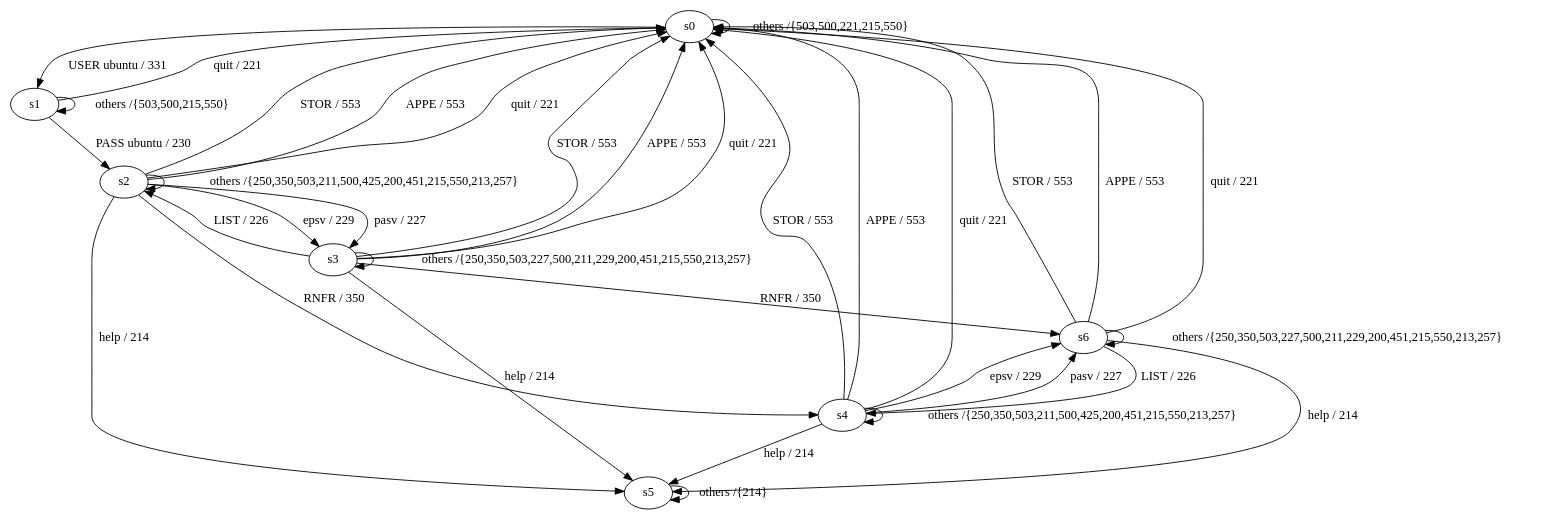
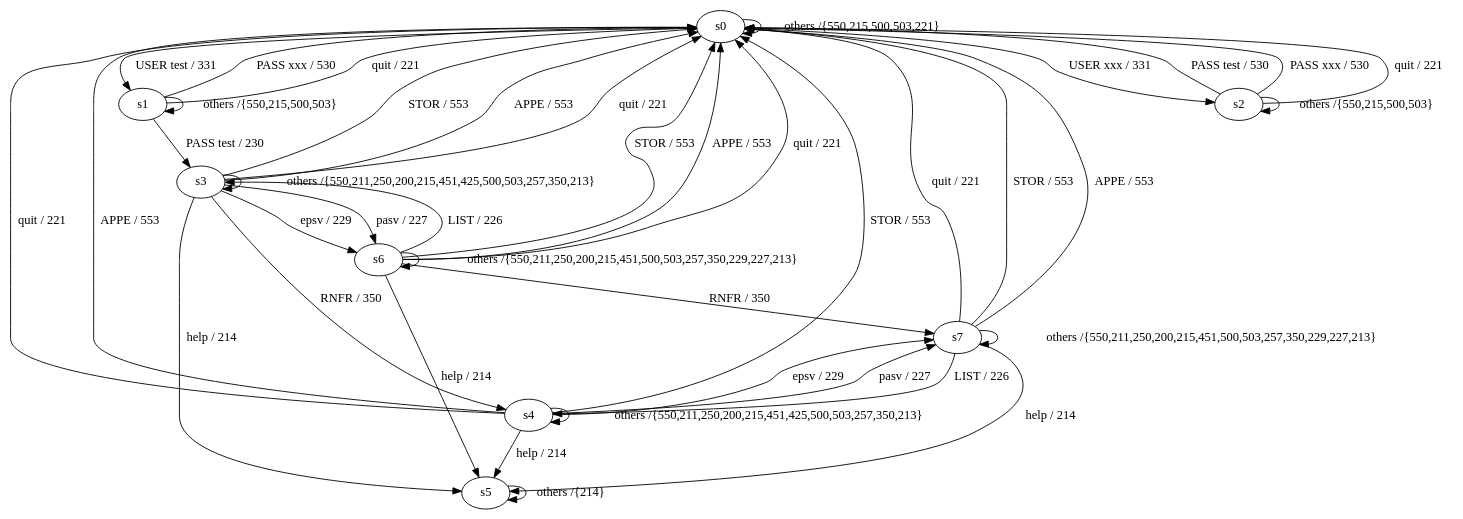
The diagram in State models/bftpd_clean.dot (cristiandaniele/ftp-statemodel-learner), drawn with Graphviz before and after one commit. The commit also changed 13 other files, not shown here.

```diff
--- a/State models/bftpd_clean.dot
+++ b/State models/bftpd_clean.dot
@@ -1,43 +1,50 @@
 digraph  {
 s0;
 s1;
 s2;
 s3;
 s4;
 s5;
 s6;
-s0 -> s1  [key=0, label="USER ubuntu / 331"];
-s0 -> s0  [key=0, label="others /{503,500,221,215,550}"];
-s1 -> s2  [key=0, label="PASS ubuntu / 230"];
-s1 -> s0  [key=0, label="quit / 221"];
-s1 -> s1  [key=0, label="others /{503,500,215,550}"];
-s2 -> s3  [key=0, label="epsv / 229"];
-s2 -> s3  [key=1, label="pasv / 227"];
-s2 -> s0  [key=0, label="STOR / 553"];
-s2 -> s0  [key=1, label="APPE / 553"];
+s7;
+s0 -> s1  [key=0, label="USER test / 331"];
+s0 -> s2  [key=0, label="USER xxx / 331"];
+s0 -> s0  [key=0, label="others /{550,215,500,503,221}"];
+s1 -> s3  [key=0, label="PASS test / 230"];
+s1 -> s0  [key=0, label="PASS xxx / 530"];
+s1 -> s0  [key=1, label="quit / 221"];
+s1 -> s1  [key=0, label="others /{550,215,500,503}"];
+s2 -> s0  [key=0, label="PASS test / 530"];
+s2 -> s0  [key=1, label="PASS xxx / 530"];
 s2 -> s0  [key=2, label="quit / 221"];
-s2 -> s4  [key=0, label="RNFR / 350"];
-s2 -> s5  [key=0, label="help / 214"];
-s2 -> s2  [key=0, label="others /{250,350,503,211,500,425,200,451,215,550,213,257}"];
-s3 -> s2  [key=0, label="LIST / 226"];
+s2 -> s2  [key=0, label="others /{550,215,500,503}"];
 s3 -> s0  [key=0, label="STOR / 553"];
 s3 -> s0  [key=1, label="APPE / 553"];
 s3 -> s0  [key=2, label="quit / 221"];
-s3 -> s6  [key=0, label="RNFR / 350"];
+s3 -> s4  [key=0, label="RNFR / 350"];
 s3 -> s5  [key=0, label="help / 214"];
-s3 -> s3  [key=0, label="others /{250,350,503,227,500,211,229,200,451,215,550,213,257}"];
-s4 -> s6  [key=0, label="epsv / 229"];
-s4 -> s6  [key=1, label="pasv / 227"];
+s3 -> s6  [key=0, label="epsv / 229"];
+s3 -> s6  [key=1, label="pasv / 227"];
+s3 -> s3  [key=0, label="others /{550,211,250,200,215,451,425,500,503,257,350,213}"];
 s4 -> s0  [key=0, label="STOR / 553"];
 s4 -> s0  [key=1, label="APPE / 553"];
 s4 -> s0  [key=2, label="quit / 221"];
 s4 -> s5  [key=0, label="help / 214"];
-s4 -> s4  [key=0, label="others /{250,350,503,211,500,425,200,451,215,550,213,257}"];
+s4 -> s7  [key=0, label="epsv / 229"];
+s4 -> s7  [key=1, label="pasv / 227"];
+s4 -> s4  [key=0, label="others /{550,211,250,200,215,451,425,500,503,257,350,213}"];
 s5 -> s5  [key=0, label="others /{214}"];
-s6 -> s4  [key=0, label="LIST / 226"];
+s6 -> s3  [key=0, label="LIST / 226"];
 s6 -> s0  [key=0, label="STOR / 553"];
 s6 -> s0  [key=1, label="APPE / 553"];
 s6 -> s0  [key=2, label="quit / 221"];
+s6 -> s7  [key=0, label="RNFR / 350"];
 s6 -> s5  [key=0, label="help / 214"];
-s6 -> s6  [key=0, label="others /{250,350,503,227,500,211,229,200,451,215,550,213,257}"];
+s6 -> s6  [key=0, label="others /{550,211,250,200,215,451,500,503,257,350,229,227,213}"];
+s7 -> s4  [key=0, label="LIST / 226"];
+s7 -> s0  [key=0, label="STOR / 553"];
+s7 -> s0  [key=1, label="APPE / 553"];
+s7 -> s0  [key=2, label="quit / 221"];
+s7 -> s5  [key=0, label="help / 214"];
+s7 -> s7  [key=0, label="others /{550,211,250,200,215,451,500,503,257,350,229,227,213}"];
 }
```
